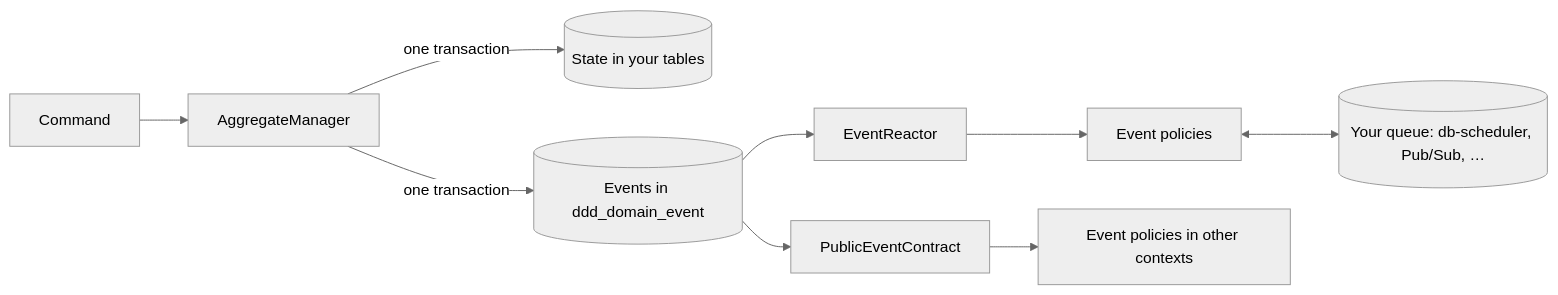
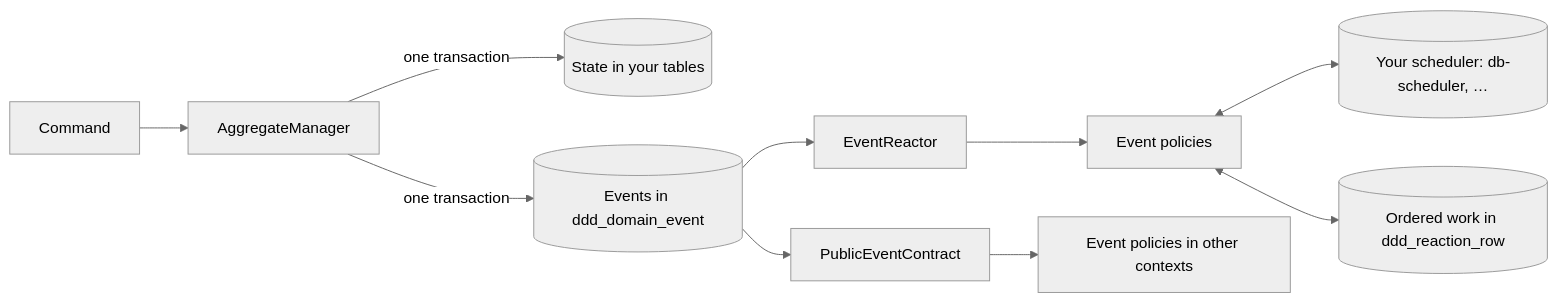
Before and after one commit to DrewEaster/kotmod: the diagram in README.md, drawn with Mermaid (neutral theme). The commit also changed other lines of this file and 3 other files, not shown here.

````diff
--- a/README.md
+++ b/README.md
@@ -453,11 +454,12 @@
 ```mermaid
 flowchart LR
     C[Command] --> AM[AggregateManager]
     AM -->|one transaction| S[(State in your tables)]
     AM -->|one transaction| E[(Events in ddd_domain_event)]
     E --> R[EventReactor]
     R --> U[Event policies]
-    U <--> D[(Your queue: db-scheduler, Pub/Sub, …)]
+    U <--> D[(Your scheduler: db-scheduler, …)]
+    U <--> RR[(Ordered work in ddd_reaction_row)]
     E --> P[PublicEventContract]
     P --> UO[Event policies in other contexts]
 ```
````
